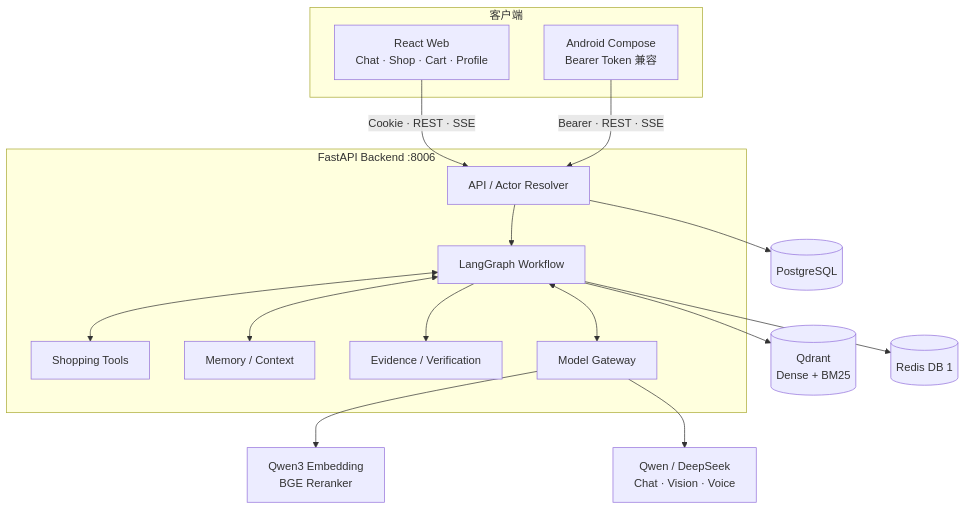
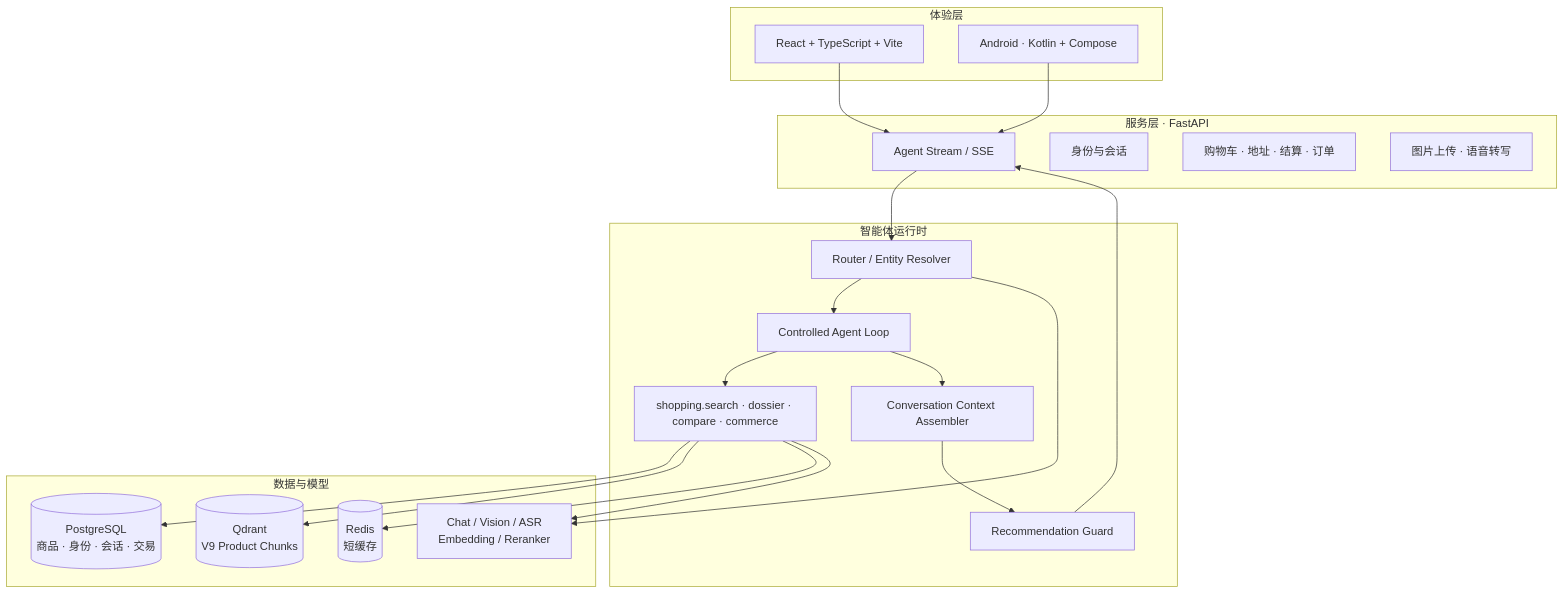
One commit to TheodoreYang6/OmniCart-Agent changed the second of 2 diagrams in README.md. Above: the diagram before and after it, drawn with Mermaid. The commit also changed other lines of this file and 277 other files, not shown here.

Commit message:
feat: ship controlled multimodal shopping experience

````diff
--- a/README.md
+++ b/README.md
@@ -106,30 +190,39 @@
 ```mermaid
 flowchart TB
-    subgraph Clients[客户端]
-        Web[React Web<br/>Chat · Shop · Cart · Profile]
-        Android[Android Compose<br/>Bearer Token 兼容]
+    subgraph Clients[体验层]
+      WEB[React + TypeScript + Vite]
+      ANDROID[Android · Kotlin + Compose]
     end
 
-    Web -->|Cookie · REST · SSE| API
-    Android -->|Bearer · REST · SSE| API
-
-    subgraph Backend[FastAPI Backend :8006]
-        API[API / Actor Resolver]
-        Workflow[LangGraph Workflow]
-        Tools[Shopping Tools]
-        Memory[Memory / Context]
-        Verify[Evidence / Verification]
-        Gateway[Model Gateway]
-        API --> Workflow
-        Workflow <--> Tools
-        Workflow <--> Memory
-        Workflow --> Verify
-        Workflow <--> Gateway
+    subgraph API[服务层 · FastAPI]
+      SSE[Agent Stream / SSE]
+      AUTH[身份与会话]
+      COMMERCE[购物车 · 地址 · 结算 · 订单]
+      MEDIA[图片上传 · 语音转写]
     end
 
-    Gateway --> LocalModels[Qwen3 Embedding<br/>BGE Reranker]
-    Gateway --> CloudModels[Qwen / DeepSeek<br/>Chat · Vision · Voice]
-    API --> PostgreSQL[(PostgreSQL)]
-    Workflow --> Qdrant[(Qdrant<br/>Dense + BM25)]
-    Workflow --> Redis[(Redis DB 1)]
+    subgraph Agent[智能体运行时]
+      ROUTER[Router / Entity Resolver]
+      LOOP[Controlled Agent Loop]
+      TOOLS[shopping.search · dossier · compare · commerce]
+      CONTEXT[Conversation Context Assembler]
+      GUARD[Recommendation Guard]
+    end
+
+    subgraph Data[数据与模型]
+      PG[(PostgreSQL\n商品 · 身份 · 会话 · 交易)]
+      QD[(Qdrant\nV9 Product Chunks)]
+      REDIS[(Redis\n短缓存)]
+      MODELS[Chat / Vision / ASR\nEmbedding / Reranker]
+    end
+
+    WEB --> SSE
+    ANDROID --> SSE
+    SSE --> ROUTER --> LOOP --> TOOLS
+    LOOP --> CONTEXT --> GUARD --> SSE
+    TOOLS --> PG
+    TOOLS --> QD
+    TOOLS --> REDIS
+    ROUTER --> MODELS
+    TOOLS --> MODELS
 ```
````
